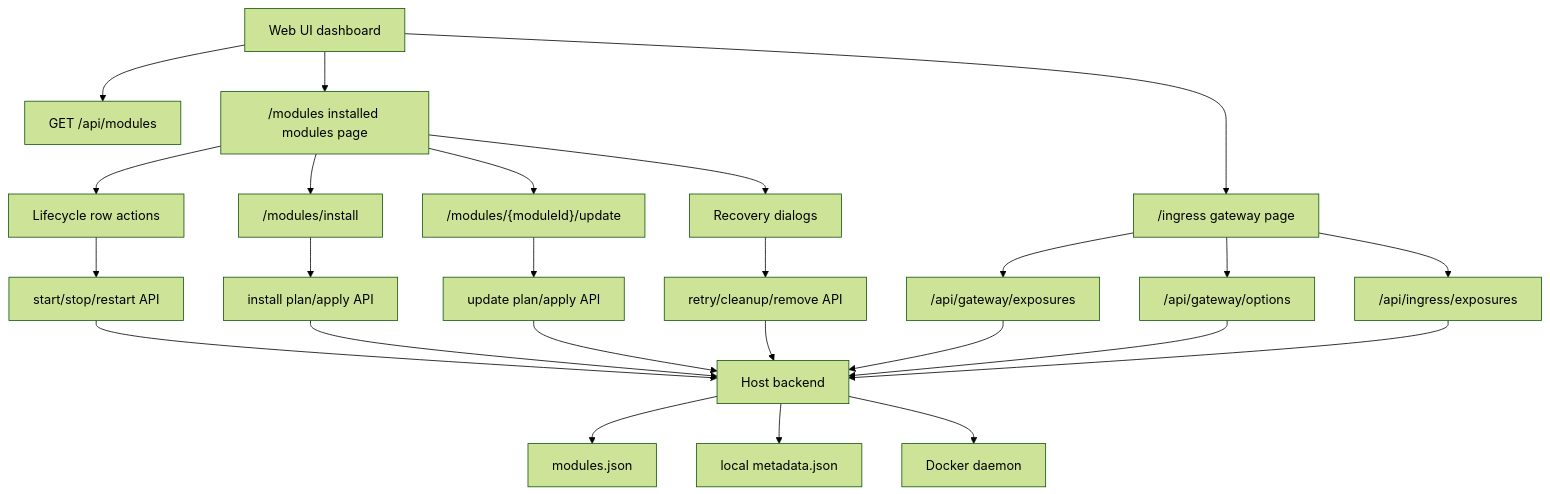
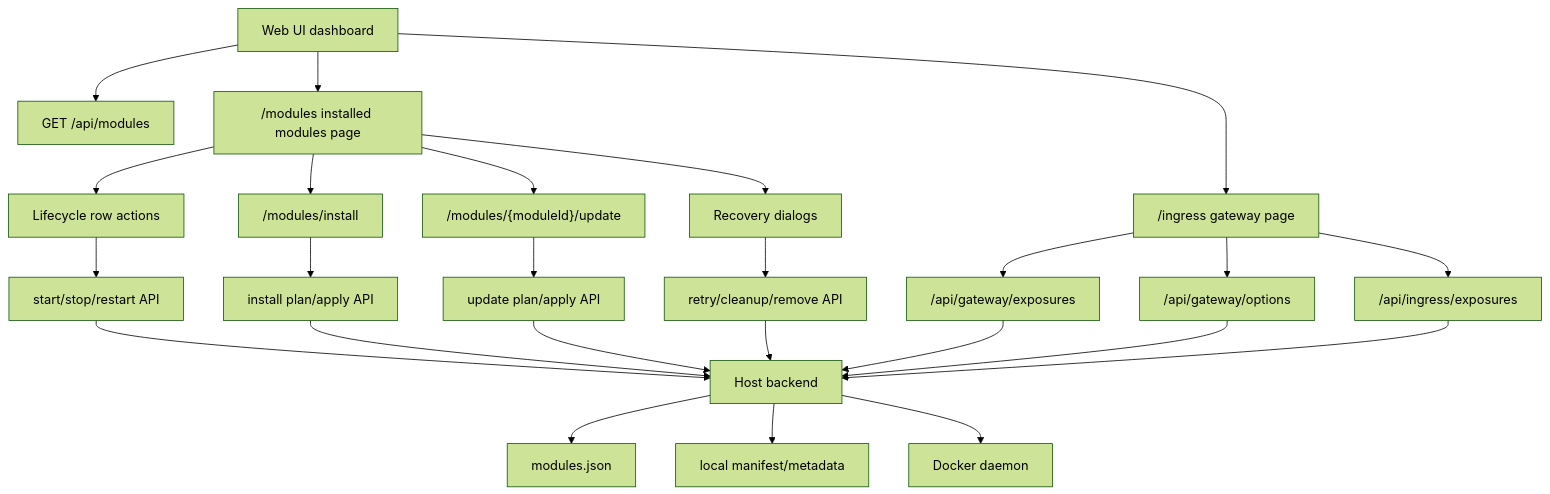
One commit to alex-de-haas/docker-host changed the diagram in docs/features/web-ui-dashboard.md. Above: the diagram before and after it, drawn with Mermaid (forest theme). The commit also changed other lines of this file and 77 other files, not shown here.

````diff
--- a/docs/features/web-ui-dashboard.md
+++ b/docs/features/web-ui-dashboard.md
@@ -31,27 +31,27 @@
 ```mermaid
 flowchart TD
   A["Web UI dashboard"] --> B["GET /api/modules"]
   A --> U["/modules installed modules page"]
   U --> C["Lifecycle row actions"]
   U --> D["/modules/install"]
   U --> E["/modules/{moduleId}/update"]
   U --> F["Recovery dialogs"]
   A --> Q["/ingress gateway page"]
   C --> G["start/stop/restart API"]
   D --> H["install plan/apply API"]
   E --> I["update plan/apply API"]
   F --> J["retry/cleanup/remove API"]
   Q --> R["/api/gateway/exposures"]
   Q --> S["/api/gateway/options"]
   Q --> T["/api/ingress/exposures"]
   G --> K["Host backend"]
   H --> K
   I --> K
   J --> K
   R --> K
   S --> K
   T --> K
   K --> L["modules.json"]
-  K --> M["local metadata.json"]
+  K --> M["local manifest/metadata"]
   K --> N["Docker daemon"]
 ```
````
